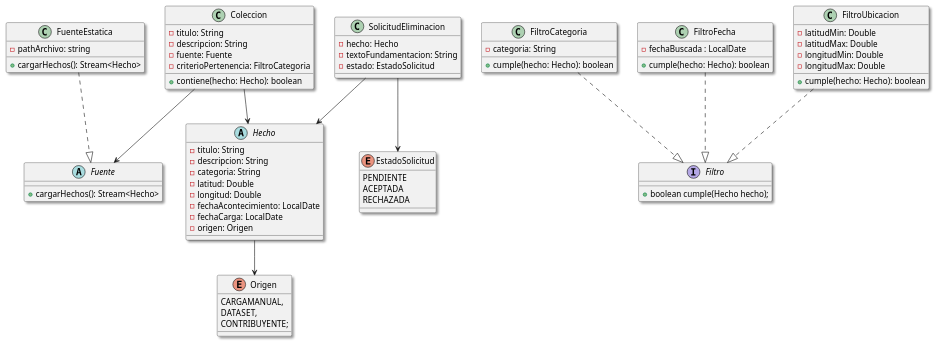
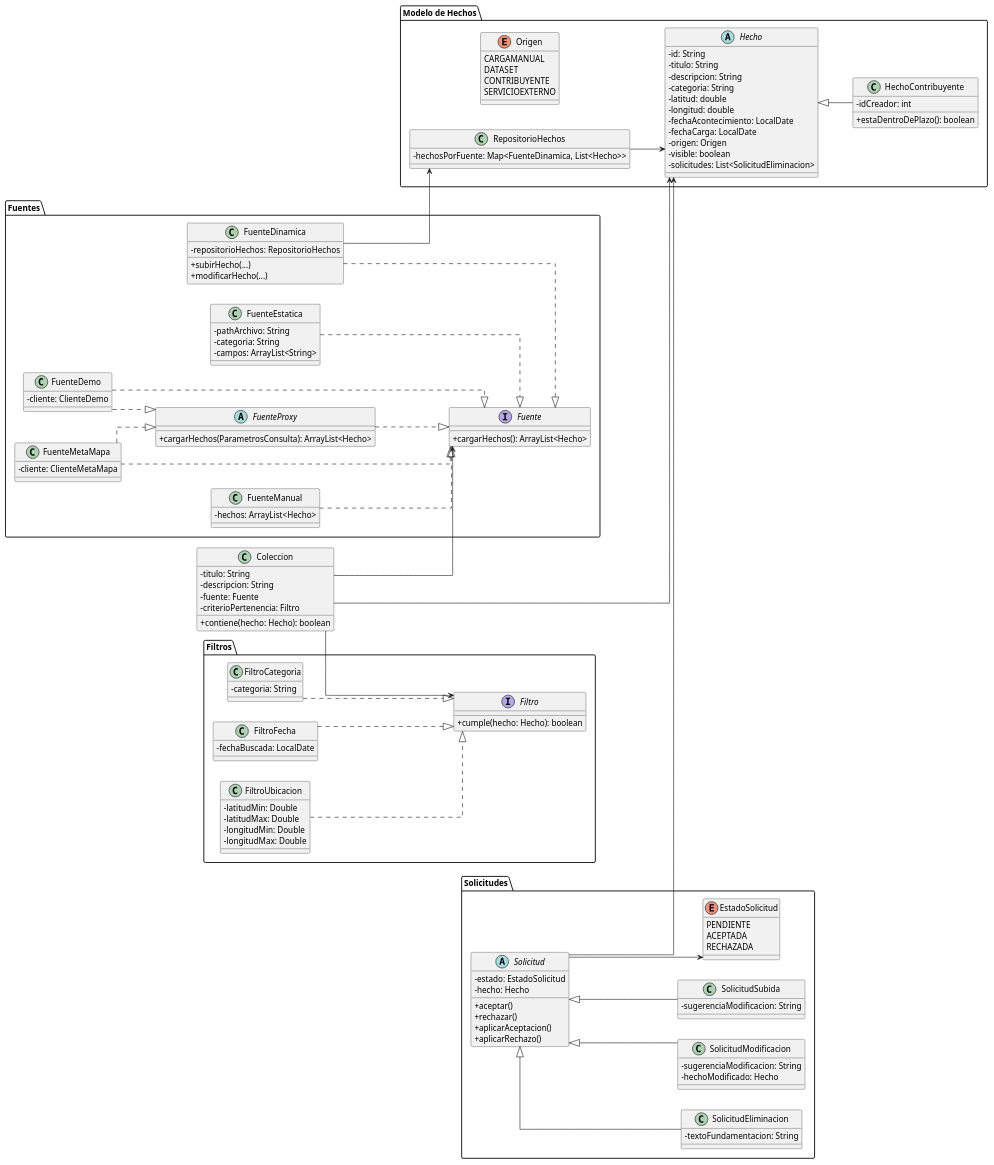
One commit to ValentinVilla/tpa-diseno-sistemas-2025 changed the diagram in Diagramas/diagrama.puml. Above: the diagram before and after it, drawn with PlantUML.

Commit message:
Posible Diagrama puml

```diff
--- a/Diagramas/diagrama.puml
+++ b/Diagramas/diagrama.puml
@@ -1,85 +1,163 @@
 @startuml
-skinparam shadowing true
+skinparam classAttributeIconSize 0
+left to right direction
+skinparam linetype ortho
 
+' ==========[ ÁREA: Fuentes ]==========
+package "Fuentes" {
+  interface Fuente {
+    + cargarHechos(): ArrayList<Hecho>
+  }
+
+  abstract class FuenteProxy {
+    + cargarHechos(ParametrosConsulta): ArrayList<Hecho>
+  }
+
+  class FuenteDinamica {
+    - repositorioHechos: RepositorioHechos
+    + subirHecho(...)
+    + modificarHecho(...)
+  }
+
+  class FuenteEstatica {
+    - pathArchivo: String
+    - categoria: String
+    - campos: ArrayList<String>
+  }
+
+  class FuenteDemo {
+    - cliente: ClienteDemo
+  }
+
+  class FuenteMetaMapa {
+    - cliente: ClienteMetaMapa
+  }
+
+  class FuenteManual {
+    - hechos: ArrayList<Hecho>
+  }
+
+  FuenteDinamica ..|> Fuente
+  FuenteEstatica ..|> Fuente
+  FuenteDemo ..|> Fuente
+  FuenteMetaMapa ..|> Fuente
+  FuenteManual ..|> Fuente
+  FuenteProxy ..|> Fuente
+  FuenteDemo ..|> FuenteProxy
+  FuenteMetaMapa ..|> FuenteProxy
+}
+
+' ==========[ ÁREA: Hechos y Repositorio ]==========
+package "Modelo de Hechos" {
+  abstract class Hecho {
+    - id: String
+    - titulo: String
+    - descripcion: String
+    - categoria: String
+    - latitud: double
+    - longitud: double
+    - fechaAcontecimiento: LocalDate
+    - fechaCarga: LocalDate
+    - origen: Origen
+    - visible: boolean
+    - solicitudes: List<SolicitudEliminacion>
+  }
+
+  class HechoContribuyente {
+    - idCreador: int
+    + estaDentroDePlazo(): boolean
+  }
+
+  enum Origen {
+    CARGAMANUAL
+    DATASET
+    CONTRIBUYENTE
+    SERVICIOEXTERNO
+  }
+
+  class RepositorioHechos {
+    - hechosPorFuente: Map<FuenteDinamica, List<Hecho>>
+  }
+
+  Hecho <|-- HechoContribuyente
+  FuenteDinamica --> RepositorioHechos
+  RepositorioHechos --> Hecho
+}
+
+' ==========[ ÁREA: Solicitudes ]==========
+package "Solicitudes" {
+  abstract class Solicitud {
+    - estado: EstadoSolicitud
+    - hecho: Hecho
+    + aceptar()
+    + rechazar()
+    + aplicarAceptacion()
+    + aplicarRechazo()
+  }
+
+  class SolicitudEliminacion {
+    - textoFundamentacion: String
+  }
+
+  class SolicitudModificacion {
+    - sugerenciaModificacion: String
+    - hechoModificado: Hecho
+  }
+
+  class SolicitudSubida {
+    - sugerenciaModificacion: String
+  }
+
+  enum EstadoSolicitud {
+    PENDIENTE
+    ACEPTADA
+    RECHAZADA
+  }
+
+  Solicitud <|-- SolicitudEliminacion
+  Solicitud <|-- SolicitudModificacion
+  Solicitud <|-- SolicitudSubida
+  Solicitud --> EstadoSolicitud
+  Solicitud --> Hecho
+}
+
+' ==========[ ÁREA: Filtros ]==========
+package "Filtros" {
+  interface Filtro {
+    + cumple(hecho: Hecho): boolean
+  }
+
+  class FiltroCategoria {
+    - categoria: String
+  }
+
+  class FiltroFecha {
+    - fechaBuscada: LocalDate
+  }
+
+  class FiltroUbicacion {
+    - latitudMin: Double
+    - latitudMax: Double
+    - longitudMin: Double
+    - longitudMax: Double
+  }
+
+  FiltroCategoria ..|> Filtro
+  FiltroFecha ..|> Filtro
+  FiltroUbicacion ..|> Filtro
+}
+
+' ==========[ ÁREA: Colección ]==========
 class Coleccion {
   - titulo: String
   - descripcion: String
   - fuente: Fuente
-  - criterioPertenencia: FiltroCategoria
+  - criterioPertenencia: Filtro
   + contiene(hecho: Hecho): boolean
 }
 
-enum Origen {
-  CARGAMANUAL,
-  DATASET,
-  CONTRIBUYENTE;
-}
-
-abstract class Fuente {
-  + cargarHechos(): Stream<Hecho>
-}
-
-class FuenteEstatica {
-  - pathArchivo: string
-  + cargarHechos(): Stream<Hecho>
-}
-class SolicitudEliminacion {
-  - hecho: Hecho
-  - textoFundamentacion: String
-  - estado: EstadoSolicitud
-}
-
-enum EstadoSolicitud {
-  PENDIENTE
-  ACEPTADA
-  RECHAZADA
-}
-
-interface Filtro {
-  +boolean cumple(Hecho hecho);
- }
-
-class FiltroCategoria {
-- categoria: String
-+ cumple(hecho: Hecho): boolean
-}
-
-class FiltroFecha {
-  - fechaBuscada : LocalDate
-  + cumple(hecho: Hecho): boolean
-}
-
-class FiltroUbicacion {
-  -latitudMin: Double
-  -latitudMax: Double
-  -longitudMin: Double
-  -longitudMax: Double
-  +cumple(hecho: Hecho): boolean
-}
-
-abstract class Hecho {
-  - titulo: String
-  - descripcion: String
-  - categoria: String
-  - latitud: Double
-  - longitud: Double
-  - fechaAcontecimiento: LocalDate
-  - fechaCarga: LocalDate
-  - origen: Origen
-}
-
+Coleccion --> Fuente
+Coleccion --> Filtro
 Coleccion --> Hecho
-Coleccion --> Fuente
-
-Hecho --> Origen
-
-FuenteEstatica ..|> Fuente
-
-SolicitudEliminacion --> Hecho
-SolicitudEliminacion --> EstadoSolicitud
-
-FiltroCategoria ..|> Filtro
-FiltroFecha ..|> Filtro
-FiltroUbicacion ..|> Filtro
 
 @enduml
```
